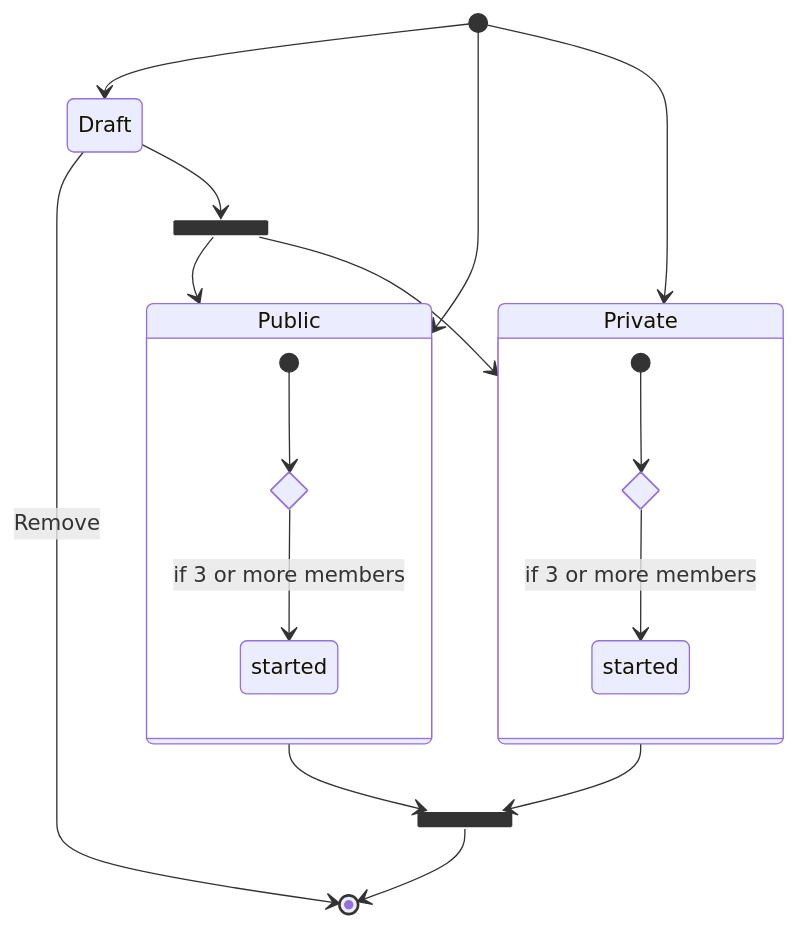
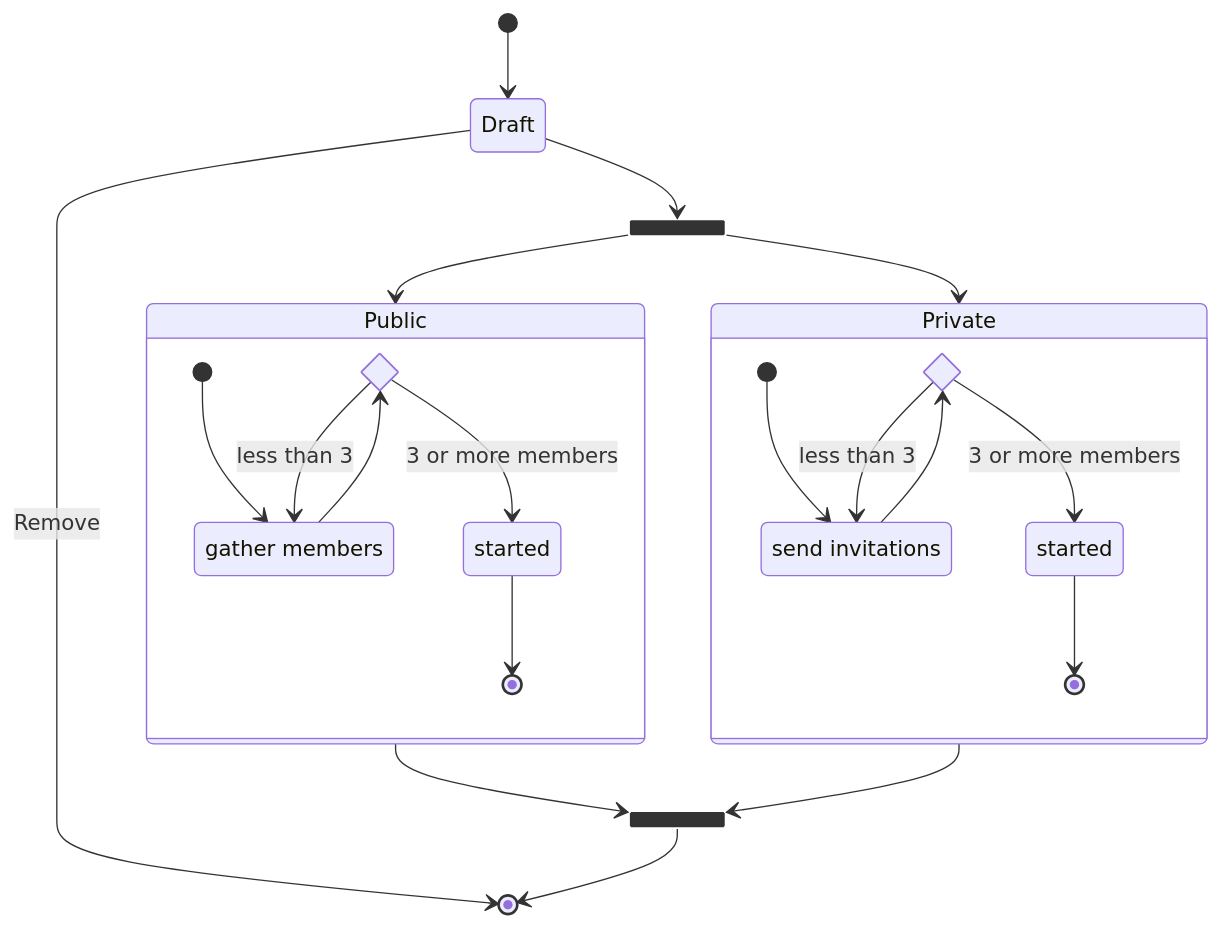
Before and after one commit to OpenRoost/spec-giver: the diagram in mermaid/campaign-life-cycle.mmd, drawn with Mermaid. The commit also changed 1 other file, not shown here.

Commit message:
Update campaign life cycle diagram (mermaid)

```diff
--- a/mermaid/campaign-life-cycle.mmd
+++ b/mermaid/campaign-life-cycle.mmd
@@ -1,32 +1,38 @@
 stateDiagram-v2
-    draft: Draft
 
     state Public {
         state start_condition_public <<choice>>
         state "started" as started_public
+        state "gather members" as members_public
 
-        [*] --> start_condition_public
-        start_condition_public --> started_public: if 3 or more members
+        [*] --> members_public
+        members_public --> start_condition_public
+        start_condition_public --> members_public: less than 3
+        start_condition_public --> started_public: 3 or more members
+        started_public --> [*]
     }
 
     state Private {
         state start_condition_private <<choice>>
         state "started" as started_private
-        [*] --> start_condition_private
-        start_condition_private --> started_private: if 3 or more members
+        state "send invitations" as members_private
+
+        [*] --> members_private
+        members_private --> start_condition_private
+        start_condition_private --> members_private: less than 3
+        start_condition_private --> started_private: 3 or more members
+        started_private --> [*]
     }
 
-    [*] --> draft
-    [*] --> Public
-    [*] --> Private
-    draft --> [*]: Remove
+    [*] --> Draft
+    Draft --> [*]: Remove
 
     state publish_campaign <<fork>>
-    draft --> publish_campaign
+    Draft --> publish_campaign
     publish_campaign --> Public
     publish_campaign --> Private
 
     state completed <<join>>
     Public --> completed
     Private --> completed
     completed --> [*]
```
